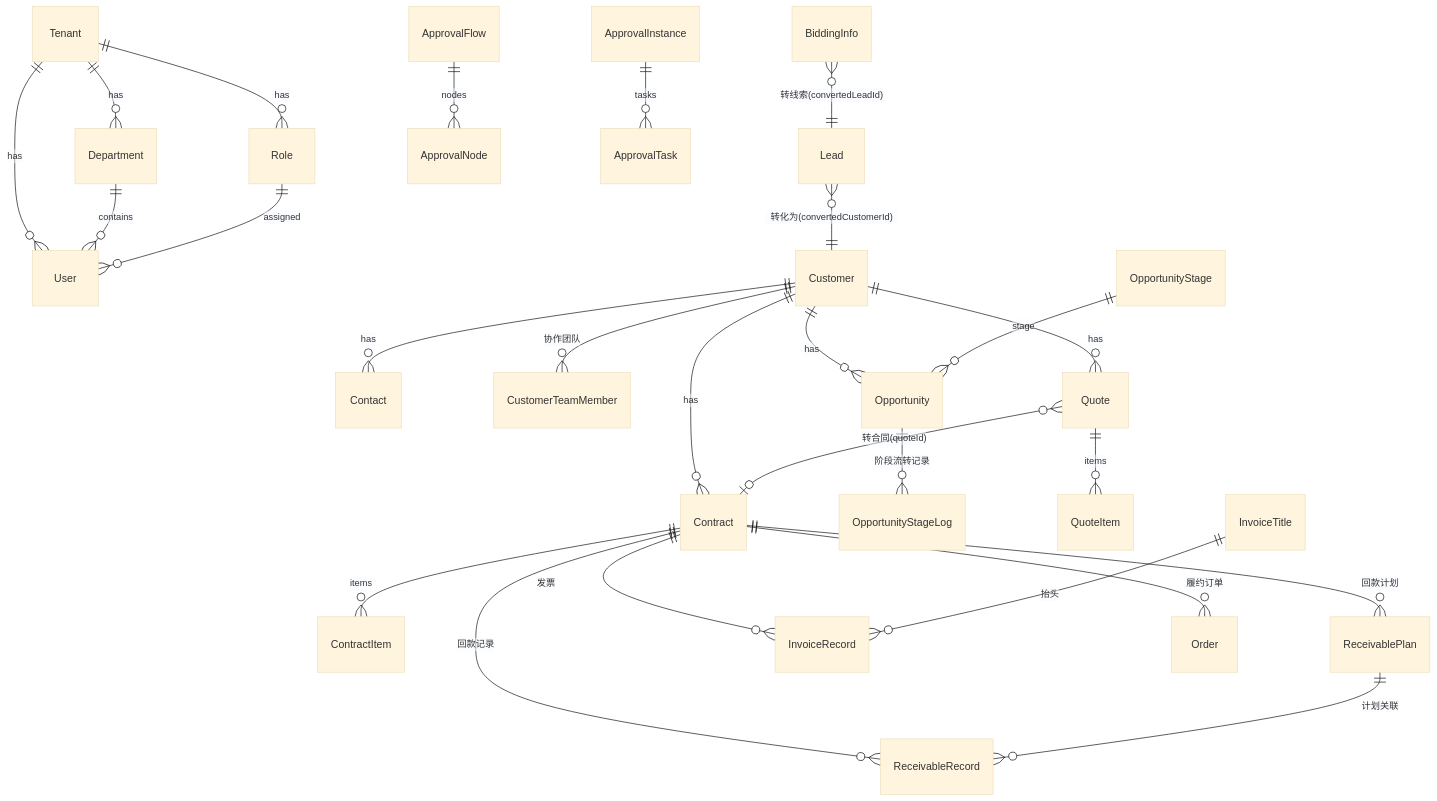
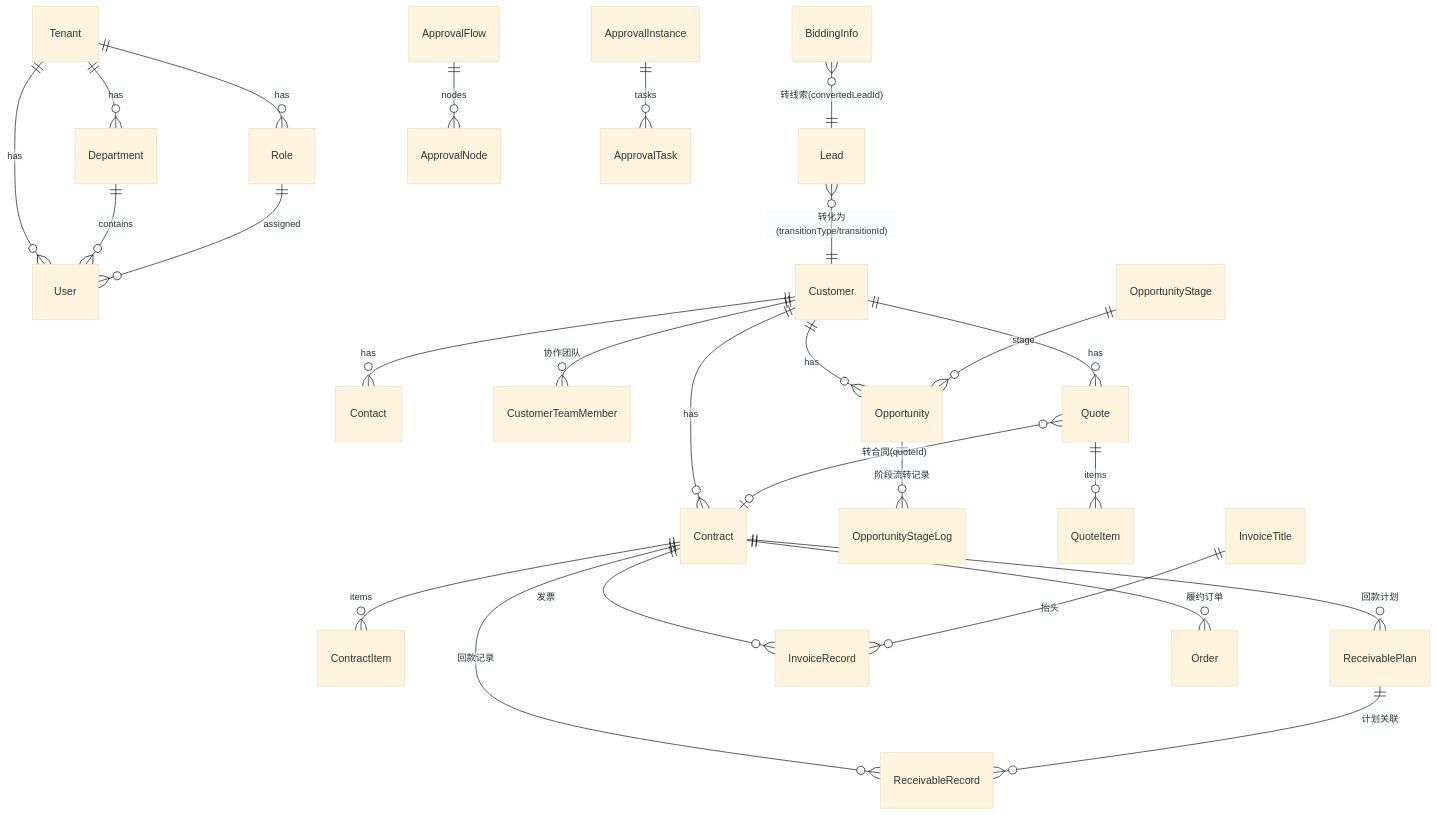
Before and after one commit to HideInMatrix/micromatrix-crm: the diagram in docs/data-model.md, drawn with Mermaid (base theme). The commit also changed other lines of this file and 33 other files, not shown here.

Commit message:
feat: complete R4 Cordys lead transition parity

````diff
--- a/docs/data-model.md
+++ b/docs/data-model.md
@@ -7,33 +7,33 @@
 ```mermaid
 erDiagram
     Tenant ||--o{ Department : has
     Tenant ||--o{ User : has
     Tenant ||--o{ Role : has
     Department ||--o{ User : contains
     Role ||--o{ User : assigned
 
-    Lead }o--|| Customer : "转化为(convertedCustomerId)"
+    Lead }o--|| Customer : "转化为(transitionType/transitionId)"
     Customer ||--o{ Contact : has
     Customer ||--o{ CustomerTeamMember : "协作团队"
     Customer ||--o{ Opportunity : has
     Customer ||--o{ Quote : has
     Customer ||--o{ Contract : has
 
     OpportunityStage ||--o{ Opportunity : stage
     Opportunity ||--o{ OpportunityStageLog : "阶段流转记录"
 
     Quote ||--o{ QuoteItem : items
     Quote }o--o| Contract : "转合同(quoteId)"
     Contract ||--o{ ContractItem : items
     Contract ||--o{ ReceivablePlan : "回款计划"
     Contract ||--o{ ReceivableRecord : "回款记录"
     ReceivablePlan ||--o{ ReceivableRecord : "计划关联"
     Contract ||--o{ InvoiceRecord : "发票"
     InvoiceTitle ||--o{ InvoiceRecord : "抬头"
     Contract ||--o{ Order : "履约订单"
 
     ApprovalFlow ||--o{ ApprovalNode : nodes
     ApprovalInstance ||--o{ ApprovalTask : tasks
 
     BiddingInfo }o--|| Lead : "转线索(convertedLeadId)"
 ```
````
